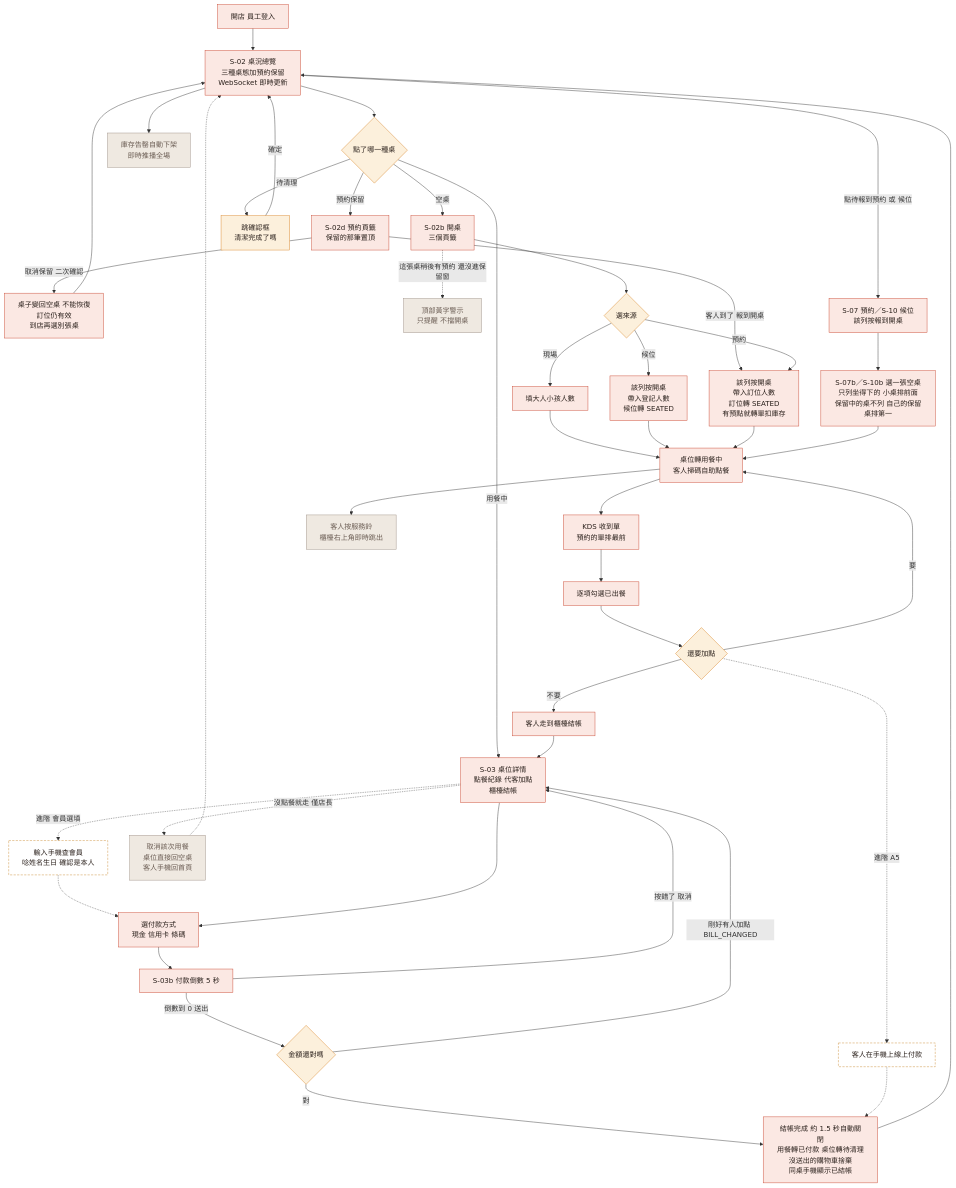
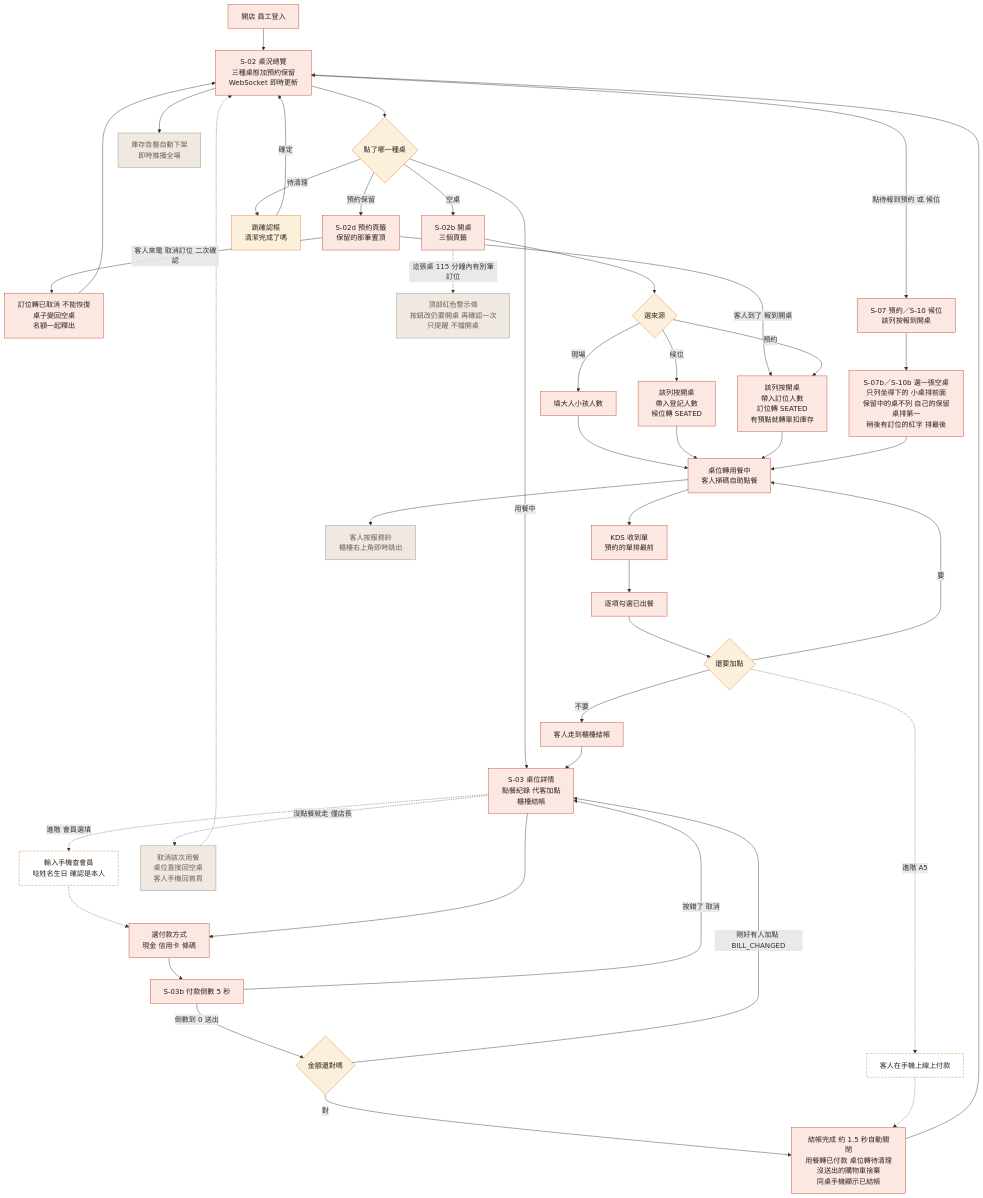
Before and after one commit to harry-wann/smart-order: the second of 3 diagrams in docs/ui/10-UI-UX規格.md, drawn with Mermaid. The commit also changed other lines of this file and 48 other files, not shown here.

````diff
--- a/docs/ui/10-UI-UX規格.md
+++ b/docs/ui/10-UI-UX規格.md
@@ -982,58 +1024,58 @@
 ```mermaid
 flowchart TD
     A["開店 員工登入"] --> C["S-02 桌況總覽<br/>三種桌態加預約保留<br/>WebSocket 即時更新"]
     C --> T{"點了哪一種桌"}
 
     T -->|空桌| O["S-02b 開桌<br/>三個頁籤"]
     T -->|預約保留| RH["S-02d 預約頁籤<br/>保留的那筆置頂"]
     RH -->|客人到了 報到開桌| F
-    RH -->|取消保留 二次確認| RL["桌子變回空桌 不能恢復<br/>訂位仍有效<br/>到店再選別張桌"]
+    RH -->|客人來電 取消訂位 二次確認| RL["訂位轉已取消 不能恢復<br/>桌子變回空桌<br/>名額一起釋出"]
     RL --> C
     O --> O1{"選來源"}
     O1 -->|現場| E["填大人小孩人數"]
     O1 -->|候位| W["該列按開桌<br/>帶入登記人數<br/>候位轉 SEATED"]
     O1 -->|預約| F["該列按開桌<br/>帶入訂位人數<br/>訂位轉 SEATED<br/>有預點就轉單扣庫存"]
-    O -.->|這張桌稍後有預約 還沒進保留窗| WARN["頂部黃字警示<br/>只提醒 不擋開桌"]
+    O -.->|這張桌 115 分鐘內有別筆訂位| WARN["頂部紅色警示條<br/>按鈕改仍要開桌 再確認一次<br/>只提醒 不擋開桌"]
     E --> G["桌位轉用餐中<br/>客人掃碼自助點餐"]
     W --> G
     F --> G
 
     C -->|點待報到預約 或 候位| P7["S-07 預約／S-10 候位<br/>該列按報到開桌"]
-    P7 --> P7B["S-07b／S-10b 選一張空桌<br/>只列坐得下的 小桌排前面<br/>保留中的桌不列 自己的保留桌排第一"]
+    P7 --> P7B["S-07b／S-10b 選一張空桌<br/>只列坐得下的 小桌排前面<br/>保留中的桌不列 自己的保留桌排第一<br/>稍後有訂位的紅字 排最後"]
     P7B --> G
 
     T -->|用餐中| S3["S-03 桌位詳情<br/>點餐紀錄 代客加點<br/>櫃檯結帳"]
     T -->|待清理| CL["跳確認框<br/>清潔完成了嗎"]
     CL -->|確定| C
 
     G --> H["KDS 收到單<br/>預約的單排最前"]
     H --> I["逐項勾選已出餐"]
     I --> J{"還要加點"}
     J -->|要| G
     J -->|不要| K["客人走到櫃檯結帳"]
     K --> S3
     S3 -.->|進階 會員選填| MB["輸入手機查會員<br/>唸姓名生日 確認是本人"]
     MB -.-> PM
     S3 --> PM["選付款方式<br/>現金 信用卡 條碼"]
     PM --> CD["S-03b 付款倒數 5 秒"]
     CD -->|按錯了 取消| S3
     CD -->|倒數到 0 送出| K1{"金額還對嗎"}
     K1 -->|剛好有人加點 BILL_CHANGED| S3
     K1 -->|對| L["結帳完成 約 1.5 秒自動關閉<br/>用餐轉已付款 桌位轉待清理<br/>沒送出的購物車捨棄<br/>同桌手機顯示已結帳"]
     L --> C
     S3 -.->|沒點餐就走 僅店長| CX["取消該次用餐<br/>桌位直接回空桌<br/>客人手機回首頁"]
     CX -.-> C
     J -.->|進階 A5| PAY["客人在手機上線上付款"]
     PAY -.-> L
     C --> N["庫存告罄自動下架<br/>即時推播全場"]
     G --> SV["客人按服務鈴<br/>櫃檯右上角即時跳出"]
 
     classDef ok fill:#FBE8E3,stroke:#C8442E,color:#2B211C
     classDef warn fill:#FCF0DC,stroke:#D98324,color:#2B211C
     classDef quiet fill:#EFE9E1,stroke:#9C8E84,color:#6B5D54
     classDef adv fill:#FFFFFF,stroke:#C9862A,stroke-dasharray:5 3,color:#2B211C
     class A,C,O,E,W,F,G,H,I,K,L,S3,P7,P7B,RH,RL,PM,CD ok
     class T,O1,J,CL,K1 warn
     class WARN,N,SV,CX quiet
     class PAY,MB adv
 ```
````
